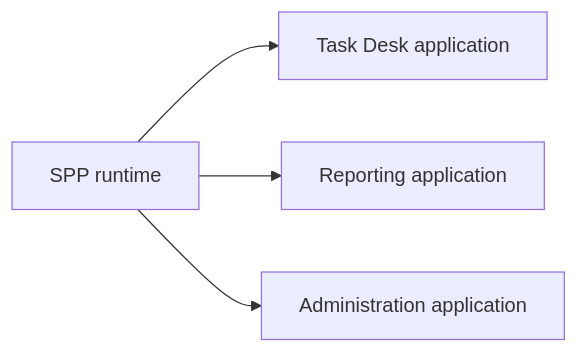
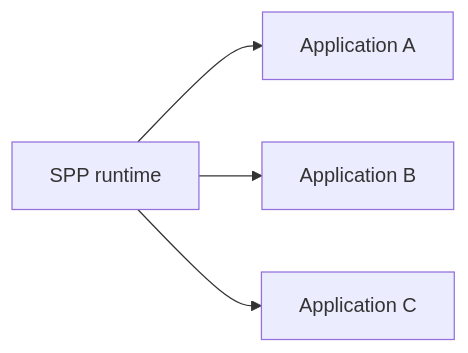
Before and after one commit to shuklasp/spp: the first of 9 diagrams in documentation/handbook/21-enterprise-architecture-and-deployment.md, drawn with Mermaid. The commit also changed other lines of this file, not shown here.

Commit message:
docs: reconcile enterprise architecture boundaries

````diff
--- a/documentation/handbook/21-enterprise-architecture-and-deployment.md
+++ b/documentation/handbook/21-enterprise-architecture-and-deployment.md
@@ -27,6 +23,6 @@
 ```mermaid
 flowchart LR
-    R[SPP runtime] --> A[Task Desk application]
-    R --> B[Reporting application]
-    R --> C[Administration application]
+    R[SPP runtime] --> A[Application A]
+    R --> B[Application B]
+    R --> C[Application C]
 ```
````
